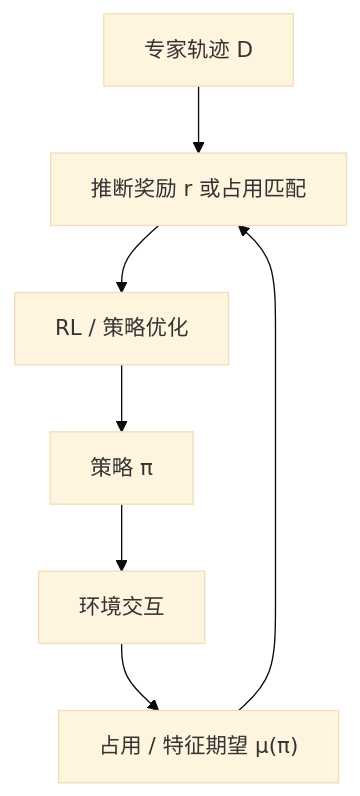
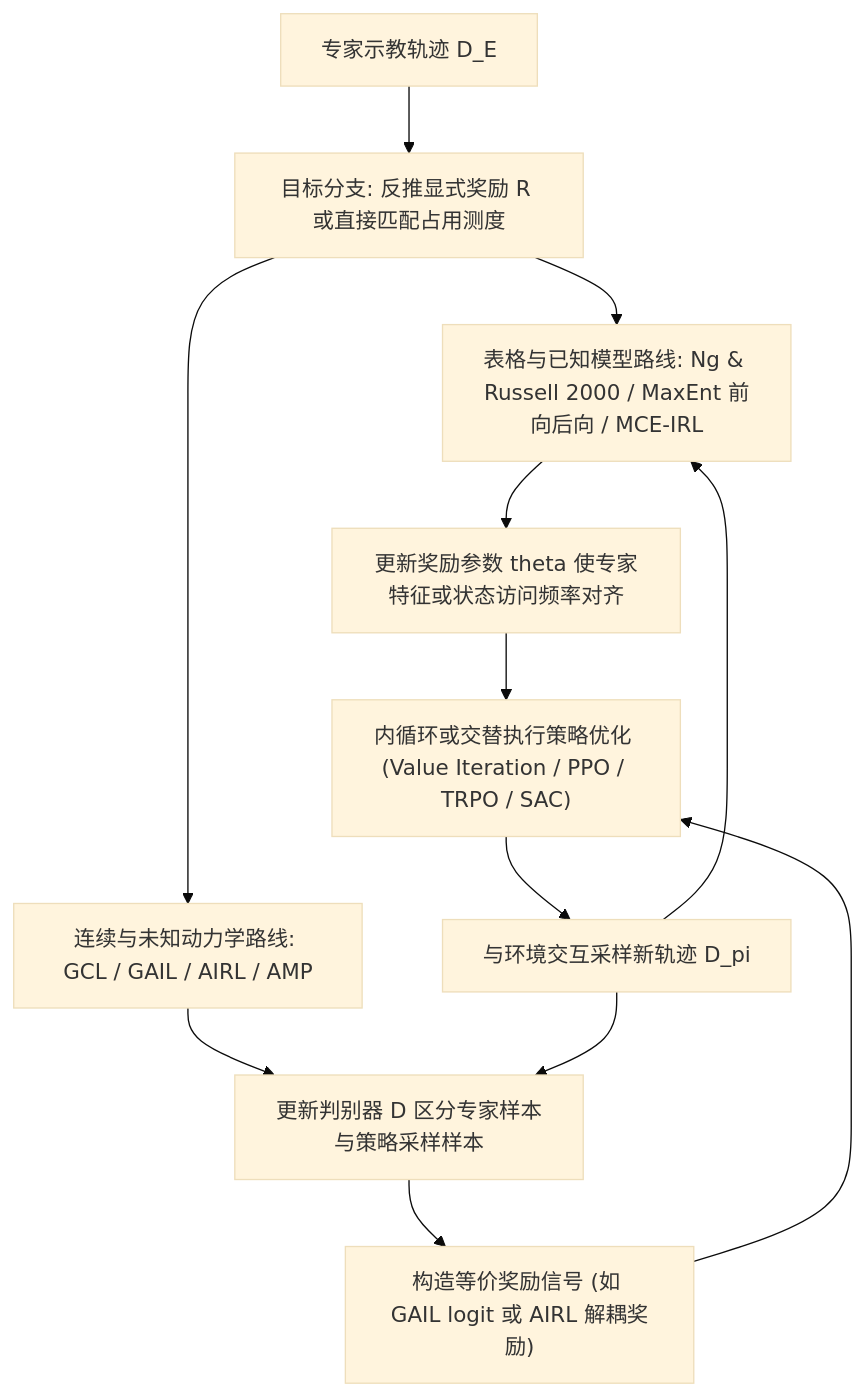
Before and after one commit to ImChong/Robotics_Notebooks: the first of 2 diagrams in wiki/methods/inverse-reinforcement-learning.md, drawn with Mermaid (base theme). The commit also changed other lines of this file and 73 other files, not shown here.

````diff
--- a/wiki/methods/inverse-reinforcement-learning.md
+++ b/wiki/methods/inverse-reinforcement-learning.md
@@ -114,15 +98,14 @@
 ```mermaid
 flowchart TD
-  demo["专家轨迹 D"]
-  irl["推断奖励 r 或占用匹配"]
-  rl["RL / 策略优化"]
-  pi["策略 π"]
-  env["环境交互"]
-  occ["占用 / 特征期望 μ(π)"]
-  demo --> irl
-  irl --> rl
-  rl --> pi
-  pi --> env
-  env --> occ
-  occ --> irl
+    E["专家示教轨迹 D_E"] --> F["目标分支: 反推显式奖励 R 或直接匹配占用测度"]
+    F --> M1["表格与已知模型路线: Ng & Russell 2000 / MaxEnt 前向后向 / MCE-IRL"]
+    F --> M2["连续与未知动力学路线: GCL / GAIL / AIRL / AMP"]
+    M1 --> R1["更新奖励参数 theta 使专家特征或状态访问频率对齐"]
+    M2 --> D["更新判别器 D 区分专家样本与策略采样样本"]
+    D --> R2["构造等价奖励信号 (如 GAIL logit 或 AIRL 解耦奖励)"]
+    R1 --> RL["内循环或交替执行策略优化 (Value Iteration / PPO / TRPO / SAC)"]
+    R2 --> RL
+    RL --> S["与环境交互采样新轨迹 D_pi"]
+    S --> M1
+    S --> D
 ```
````
